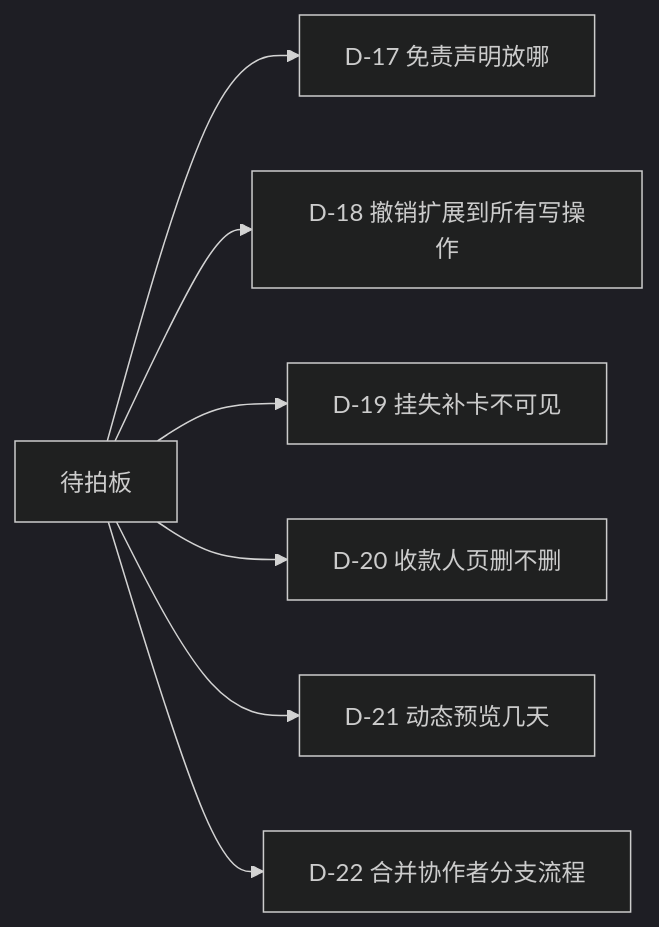
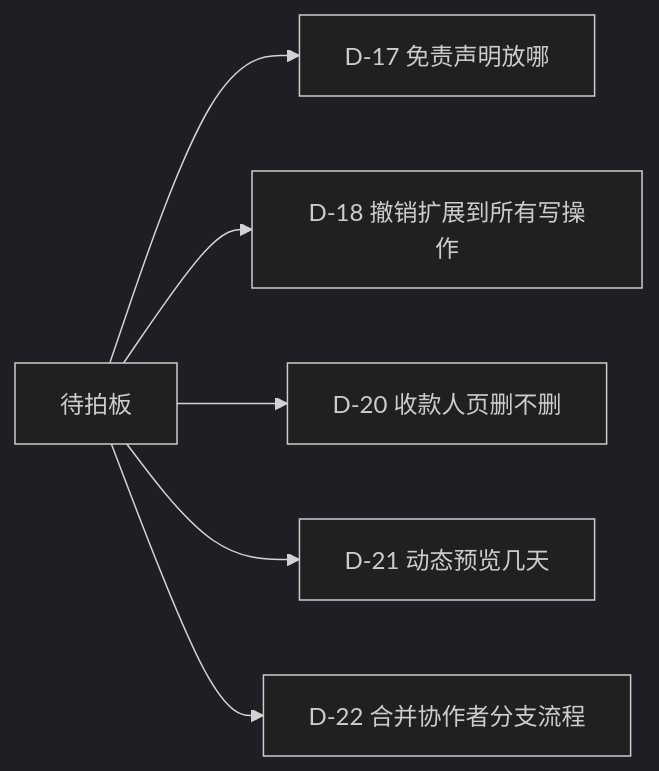
Before and after one commit to weiqing010305-art/bk-agent: diagram 19 of 21 in doc/DECISIONS.md, drawn with Mermaid (dark theme). The commit also changed other lines of this file and 3 other files, not shown here.

````diff
--- a/doc/DECISIONS.md
+++ b/doc/DECISIONS.md
@@ -252,9 +271,8 @@
 ```mermaid
 flowchart LR
     Q["待拍板"] --> A["D-17 免责声明放哪"]
     Q --> B["D-18 撤销扩展到所有写操作"]
-    Q --> C["D-19 挂失补卡不可见"]
     Q --> D["D-20 收款人页删不删"]
     Q --> E["D-21 动态预览几天"]
     Q --> F["D-22 合并协作者分支流程"]
 ```
````
